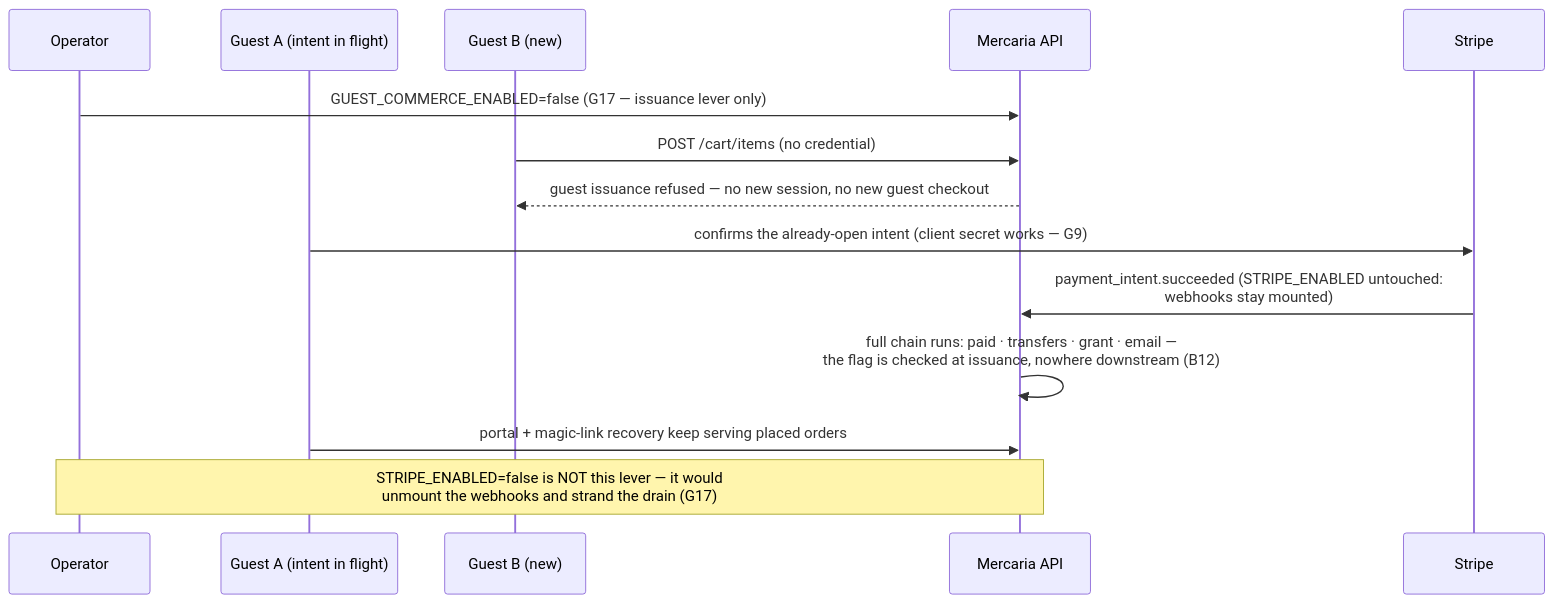
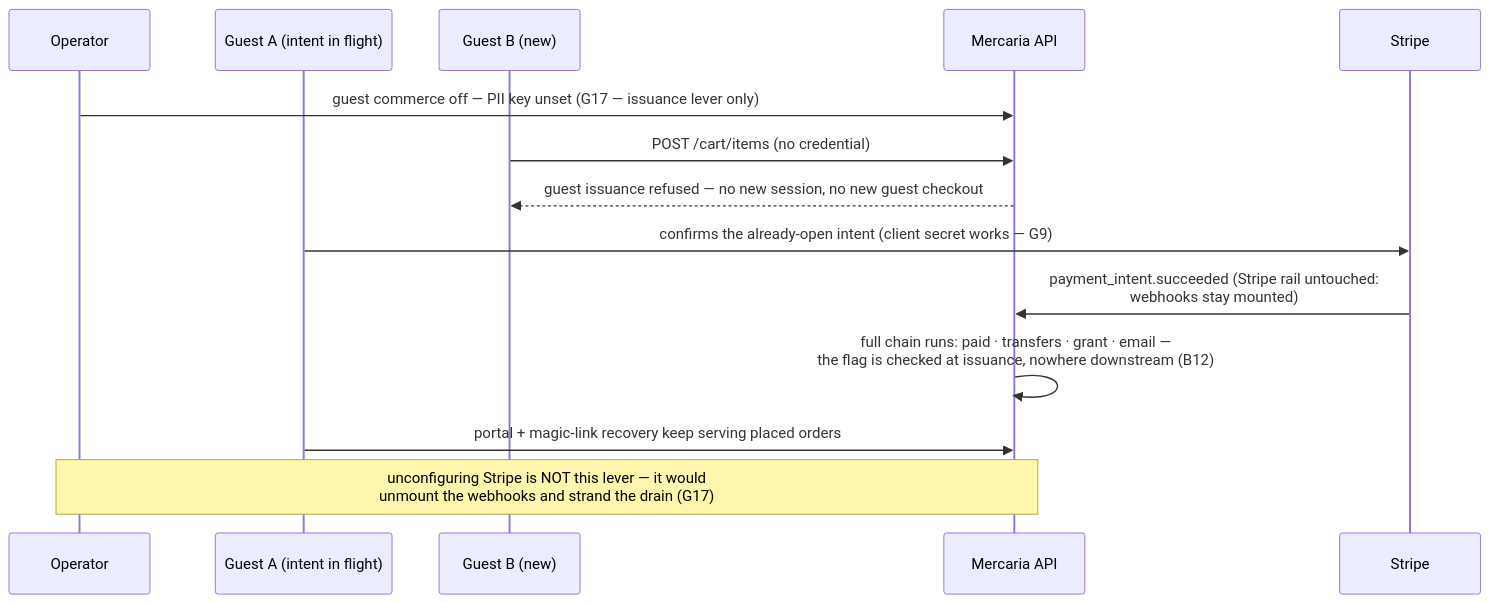
Diagram 11 of 12 in docs/adr/0006-stripe-guest-checkout.md (OxyHQ/Mercaria), drawn with Mermaid before and after one commit. The commit also changed other lines of this file and 120 other files, not shown here.

First line of the commit message:
chore(config): remove the five payment-rail and commerce flags

````diff
--- a/docs/adr/0006-stripe-guest-checkout.md
+++ b/docs/adr/0006-stripe-guest-checkout.md
@@ -755,16 +756,16 @@
 ```mermaid
 sequenceDiagram
     participant Op as Operator
     participant G1 as Guest A (intent in flight)
     participant G2 as Guest B (new)
     participant API as Mercaria API
     participant S as Stripe
-    Op->>API: GUEST_COMMERCE_ENABLED=false (G17 — issuance lever only)
+    Op->>API: guest commerce off — PII key unset (G17 — issuance lever only)
     G2->>API: POST /cart/items (no credential)
     API-->>G2: guest issuance refused — no new session, no new guest checkout
     G1->>S: confirms the already-open intent (client secret works — G9)
-    S->>API: payment_intent.succeeded (STRIPE_ENABLED untouched:<br/>webhooks stay mounted)
+    S->>API: payment_intent.succeeded (Stripe rail untouched:<br/>webhooks stay mounted)
     API->>API: full chain runs: paid · transfers · grant · email —<br/>the flag is checked at issuance, nowhere downstream (B12)
     G1->>API: portal + magic-link recovery keep serving placed orders
-    Note over Op,API: STRIPE_ENABLED=false is NOT this lever — it would<br/>unmount the webhooks and strand the drain (G17)
+    Note over Op,API: unconfiguring Stripe is NOT this lever — it would<br/>unmount the webhooks and strand the drain (G17)
 ```
````
